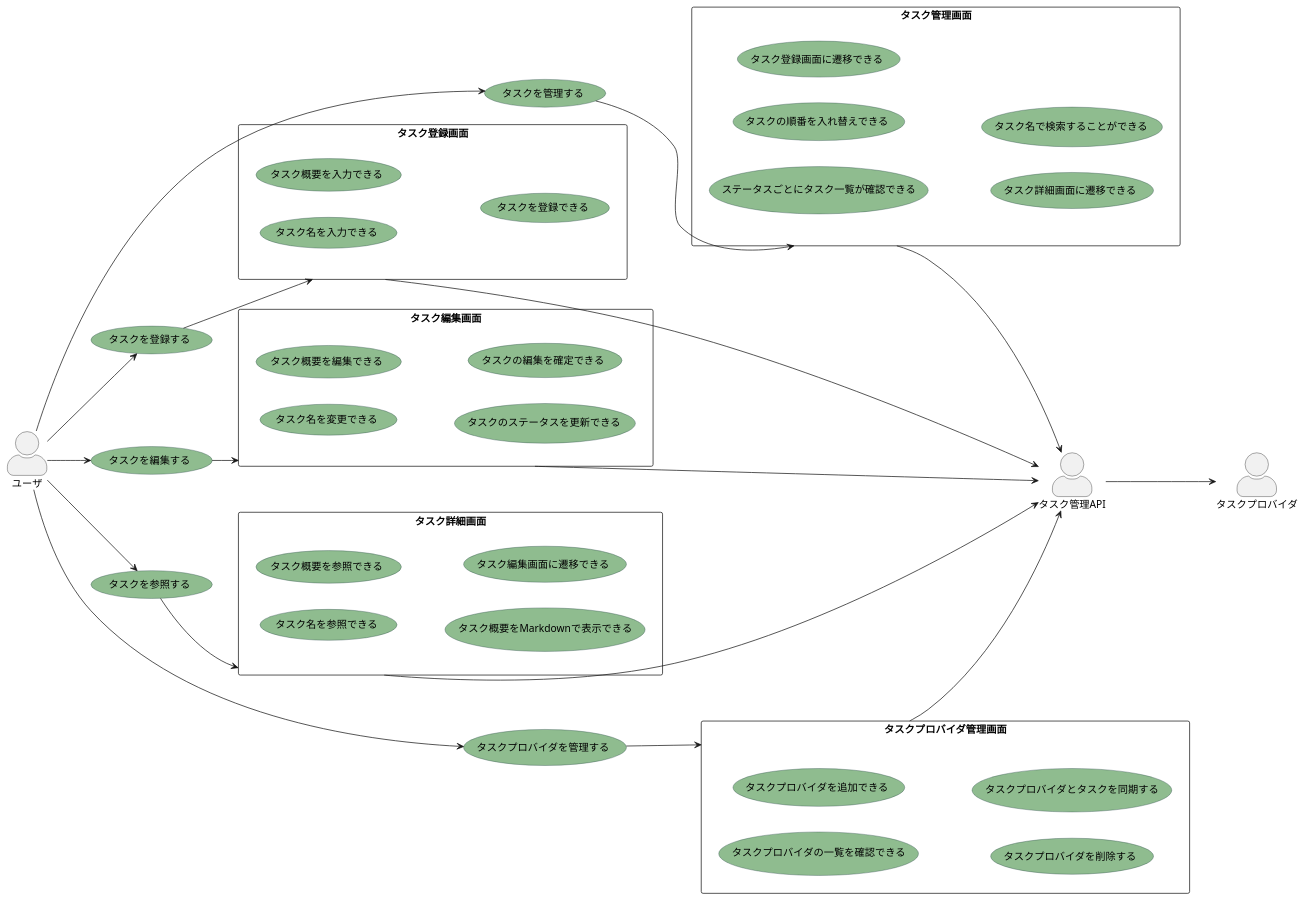
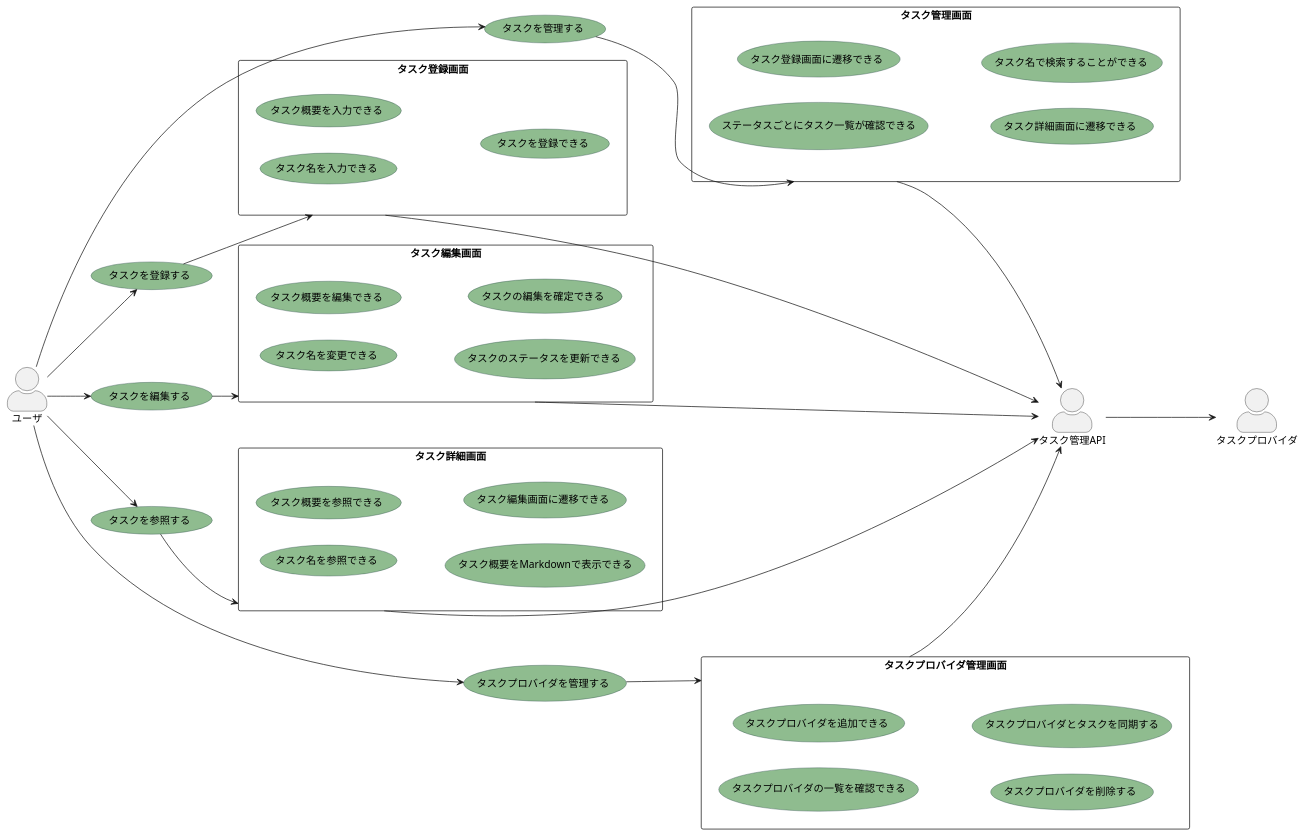
One commit to yuya-okada527/panopticon-docs changed the diagram in docs/mvp/usecase.pu. Above: the diagram before and after it, drawn with PlantUML. The commit also changed 1 other file, not shown here.

```diff
--- a/docs/mvp/usecase.pu
+++ b/docs/mvp/usecase.pu
@@ -1,73 +1,72 @@
 @startuml MVP
 ' 設定
 left to right direction
 skinparam actorStyle awesome
 skinparam usecase {
   BackgroundColor DarkSeaGreen
   BorderColor DarkSlateGray
 }
 ' ユースケース
 usecase タスクを登録する
 usecase タスクを編集する
 usecase タスクを参照する
 usecase タスクを管理する
 usecase タスクプロバイダを管理する
 
 ' 画面
 rectangle タスク登録画面 {
   usecase タスク名を入力できる
   usecase タスク概要を入力できる
   usecase タスクを登録できる
 }
 rectangle タスク編集画面 {
   usecase タスク名を変更できる
   usecase タスク概要を編集できる
   usecase タスクのステータスを更新できる
   usecase タスクの編集を確定できる
 }
 rectangle タスク詳細画面 {
   usecase タスク名を参照できる
   usecase タスク概要を参照できる
   usecase タスク概要をMarkdownで表示できる
   usecase タスク編集画面に遷移できる
 }
 rectangle タスク管理画面 {
   usecase ステータスごとにタスク一覧が確認できる
   usecase タスクのステータスを更新できる
-  usecase タスクの順番を入れ替えできる
   usecase タスク登録画面に遷移できる
   usecase タスク詳細画面に遷移できる
   usecase タスク名で検索することができる
 }
 rectangle タスクプロバイダ管理画面 {
   usecase タスクプロバイダの一覧を確認できる
   usecase タスクプロバイダを追加できる
   usecase タスクプロバイダを削除する
   usecase タスクプロバイダとタスクを同期する
 }
 
 ' アクター
 actor ユーザ
 ユーザ --> タスクを登録する
 ユーザ --> タスクを編集する
 ユーザ --> タスクを参照する
 ユーザ --> タスクを管理する
 ユーザ --> タスクプロバイダを管理する
 
 タスクを登録する --> タスク登録画面
 タスクを編集する --> タスク編集画面
 タスクを参照する --> タスク詳細画面
 タスクを管理する --> タスク管理画面
 タスクプロバイダを管理する --> タスクプロバイダ管理画面
 
 actor タスク管理API
 タスク登録画面 --> タスク管理API
 タスク編集画面 --> タスク管理API
 タスク詳細画面 --> タスク管理API
 タスク管理画面 --> タスク管理API
 タスクプロバイダ管理画面 --> タスク管理API
 
 actor タスクプロバイダ
 タスク管理API --> タスクプロバイダ
 
 @enduml
```
